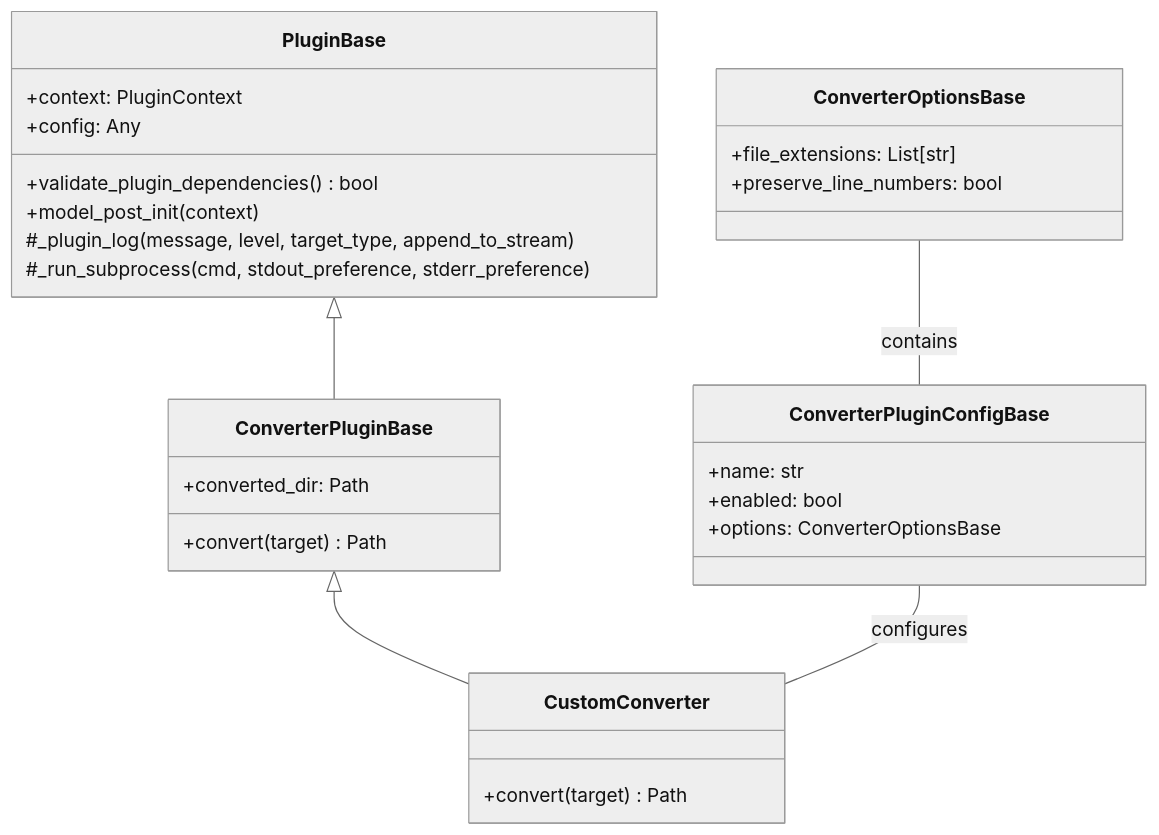
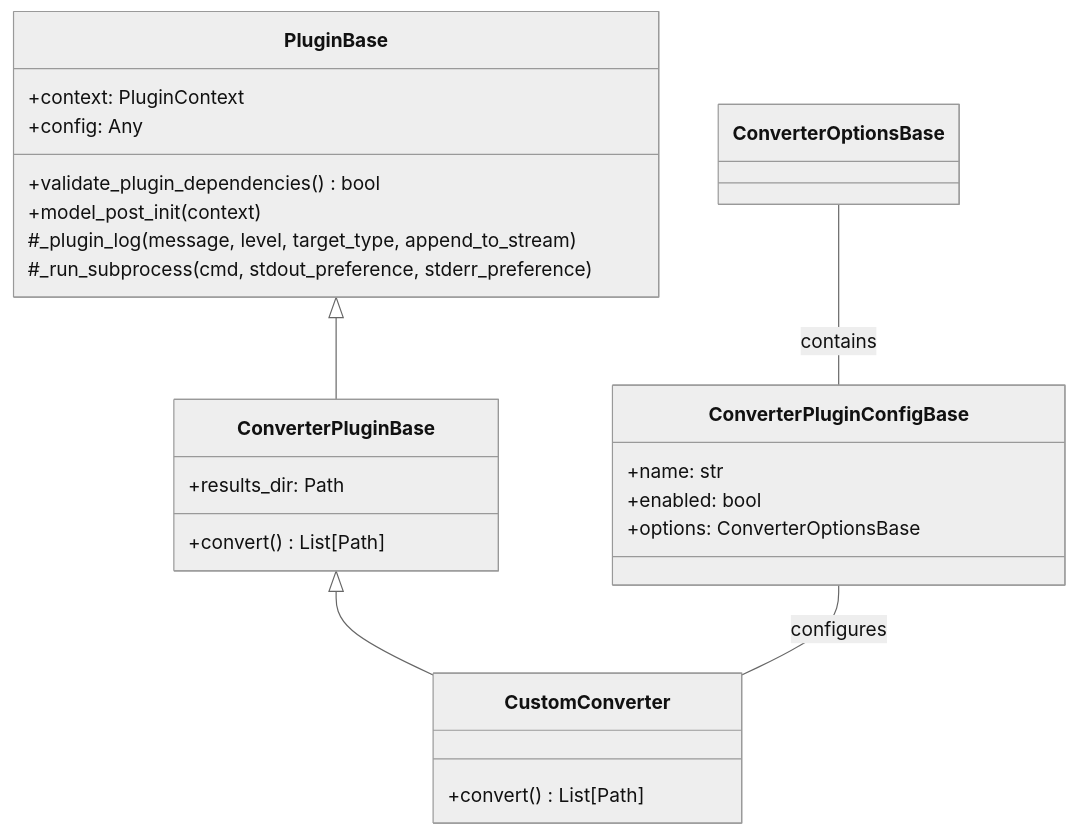
The third of 6 diagrams in docs/content/docs/plugins/converter-plugins-diagrams.md (awslabs/automated-security-helper), drawn with Mermaid (neutral theme) before and after one commit. The commit also changed other lines of this file and 2834 other files, not shown here.

````diff
--- a/docs/content/docs/plugins/converter-plugins-diagrams.md
+++ b/docs/content/docs/plugins/converter-plugins-diagrams.md
@@ -62,36 +62,33 @@
 ```mermaid
 classDiagram
     class PluginBase {
         +context: PluginContext
         +config: Any
         +validate_plugin_dependencies() bool
         +model_post_init(context)
         #_plugin_log(message, level, target_type, append_to_stream)
         #_run_subprocess(cmd, stdout_preference, stderr_preference)
     }
 
     class ConverterPluginBase {
-        +convert(target) Path
-        +converted_dir: Path
+        +convert() List[Path]
+        +results_dir: Path
     }
 
     class ConverterPluginConfigBase {
         +name: str
         +enabled: bool
         +options: ConverterOptionsBase
     }
 
-    class ConverterOptionsBase {
-        +file_extensions: List[str]
-        +preserve_line_numbers: bool
-    }
+    class ConverterOptionsBase
 
     class CustomConverter {
-        +convert(target) Path
+        +convert() List[Path]
     }
 
     PluginBase <|-- ConverterPluginBase
     ConverterPluginBase <|-- CustomConverter
     ConverterPluginConfigBase -- CustomConverter : configures
     ConverterOptionsBase -- ConverterPluginConfigBase : contains
 ```
````
